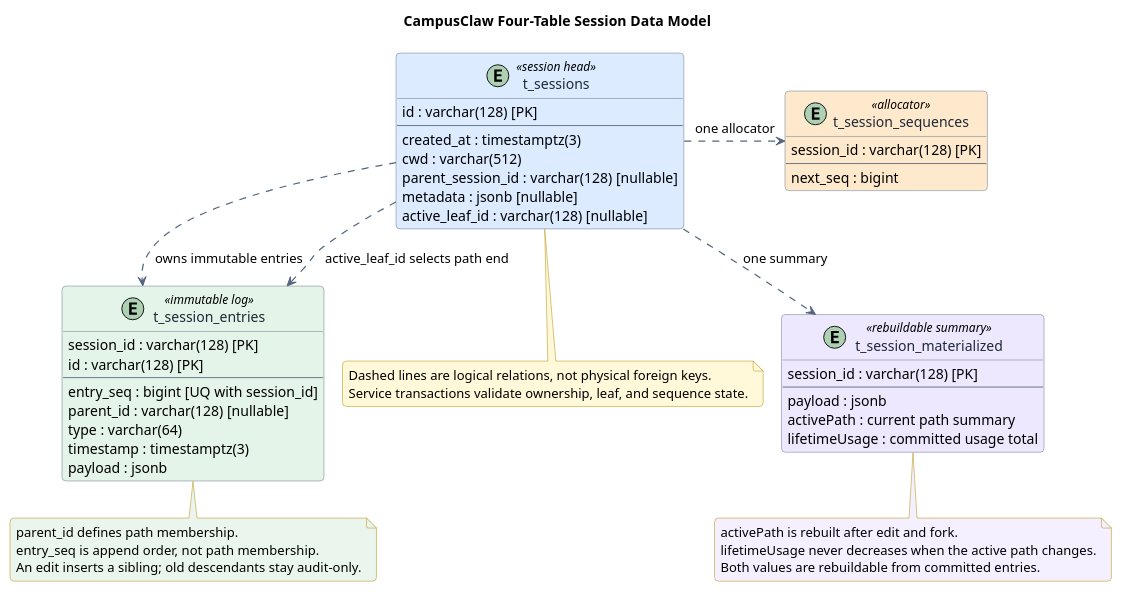
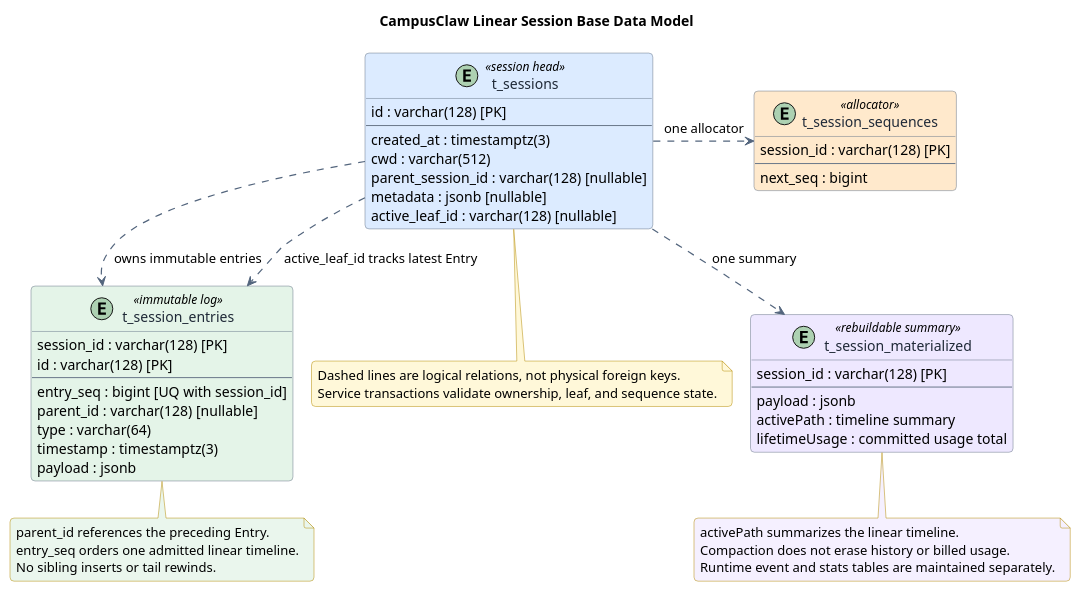
One commit to ssm0808/pi-mono-java-design changed the third of 4 diagrams in 03-数据与存储/01-会话记忆GaussDB/设计图/diagram.puml. Above: the diagram before and after it, drawn with PlantUML. The commit also changed other lines of this file and 26 other files, not shown here.

Commit message:
docs(session): adopt append-only history without recursive queries

```diff
--- a/03-数据与存储/01-会话记忆GaussDB/设计图/diagram.puml
+++ b/03-数据与存储/01-会话记忆GaussDB/设计图/diagram.puml
@@ -165,92 +155,94 @@
 @startuml memory-data-model
 !pragma layout smetana
-title CampusClaw Four-Table Session Data Model
+title CampusClaw Linear Session Base Data Model
 top to bottom direction
 
 skinparam backgroundColor #FFFFFF
 skinparam shadowing false
 skinparam roundcorner 8
 skinparam classAttributeIconSize 0
 skinparam classBorderColor #697789
 skinparam classFontColor #1F2937
 skinparam defaultTextAlignment left
 skinparam ArrowColor #53657D
 skinparam ArrowThickness 1.2
 skinparam NoteBorderColor #B58B00
 skinparam NoteBackgroundColor #FFF8D9
 
-' Source evidence:
-' - badlogic/pi-mono@f0deb8dd8e9611e89b5bc4145ca92c03ae6ed4ee
-' - packages/storage/sqlite-node/src/sqlite/migrations/001_initial.sql: lines 1-59
-' - packages/storage/sqlite-node/src/sqlite/migrations/002_branch_tips.sql: lines 1-12
-' - packages/storage/sqlite-node/src/sqlite/storage/session-materialized.ts
-' Observed behavior: pi has seven Session tables after its two migrations.
-' Pending implementation product constraint: CampusClaw removes branch cache tables,
-' entry materialized labels, generic moveTo, and arbitrary branch queries.
-' Target adaptation: retain parent_id and active_leaf_id for immutable edits.
-' Type adaptation: bounded VARCHAR, BIGINT, TIMESTAMPTZ(3), and JSONB.
-' Design reason: use a two-by-two table grid instead of a 2331-pixel row.
+' Source evidence: pi@1a584a7a56eb5e7b4ff8ccbd46430f1533282eed
+' packages/session-backends/sqlite-node/src/sqlite/session/branch-entries.ts:
+' appendEntryToBranchIndex, readBranchSegmentsNewestFirst, scanBranchSegments.
+' packages/session-backends/sqlite-node/src/sqlite/storage.ts: applyCommit.
+' Source evidence: Java@fb842b1ac6cb4818f6b146f79dd184a5cd88bf12
+' modules/coding-agent-cli/src/main/java/com/campusclaw/codingagent/runtimeapi/
+' persistence/MyBatisRuntimeSessionRepository.java: appendLocked, findEventPage.
+' modules/coding-agent-cli/src/main/resources/mapper/session/RuntimeSessionMapper.xml:
+' listCurrentBranchEntries, listCommittedEvents, countUnmappedCurrentBranchEntries.
+' Observed behavior: Java appends at the locked tail but still reads recursive paths.
+' Design reason: one append-only timeline needs ordered scans, not branch membership.
+' Product constraint: no conversation editing, rewind, or branch switching.
+' Pending implementation: ordered reads under append-only writes.
 
 entity "t_sessions" as sessions <<session head>> #DCEBFF {
   id : varchar(128) [PK]
   --
   created_at : timestamptz(3)
   cwd : varchar(512)
   parent_session_id : varchar(128) [nullable]
   metadata : jsonb [nullable]
   active_leaf_id : varchar(128) [nullable]
 }
 
 entity "t_session_sequences" as sequences <<allocator>> #FFE9CC {
   session_id : varchar(128) [PK]
   --
   next_seq : bigint
 }
 
 entity "t_session_entries" as entries <<immutable log>> #E4F4E8 {
   session_id : varchar(128) [PK]
   id : varchar(128) [PK]
   --
   entry_seq : bigint [UQ with session_id]
   parent_id : varchar(128) [nullable]
   type : varchar(64)
   timestamp : timestamptz(3)
   payload : jsonb
 }
 
 entity "t_session_materialized" as materialized <<rebuildable summary>> #EEE8FF {
   session_id : varchar(128) [PK]
   --
   payload : jsonb
-  activePath : current path summary
+  activePath : timeline summary
   lifetimeUsage : committed usage total
 }
 
 sessions -[hidden]right- sequences
 entries -[hidden]right- materialized
 sessions -[hidden]down- entries
 sequences -[hidden]down- materialized
 
 sessions ..> entries : owns immutable entries
-sessions ..> entries : active_leaf_id selects path end
+sessions ..> entries : active_leaf_id tracks latest Entry
 sessions ..> sequences : one allocator
 sessions ..> materialized : one summary
 
 note bottom of entries #EAF6ED
-parent_id defines path membership.
-entry_seq is append order, not path membership.
-An edit inserts a sibling; old descendants stay audit-only.
+parent_id references the preceding Entry.
+entry_seq orders one admitted linear timeline.
+No sibling inserts or tail rewinds.
 end note
 
 note bottom of materialized #F5F0FF
-activePath is rebuilt after edit and fork.
-lifetimeUsage never decreases when the active path changes.
-Both values are rebuildable from committed entries.
+activePath summarizes the linear timeline.
+Compaction does not erase history or billed usage.
+Runtime event and stats tables are maintained separately.
 end note
 
 note bottom of sessions
 Dashed lines are logical relations, not physical foreign keys.
 Service transactions validate ownership, leaf, and sequence state.
 end note
 
 @enduml
```
